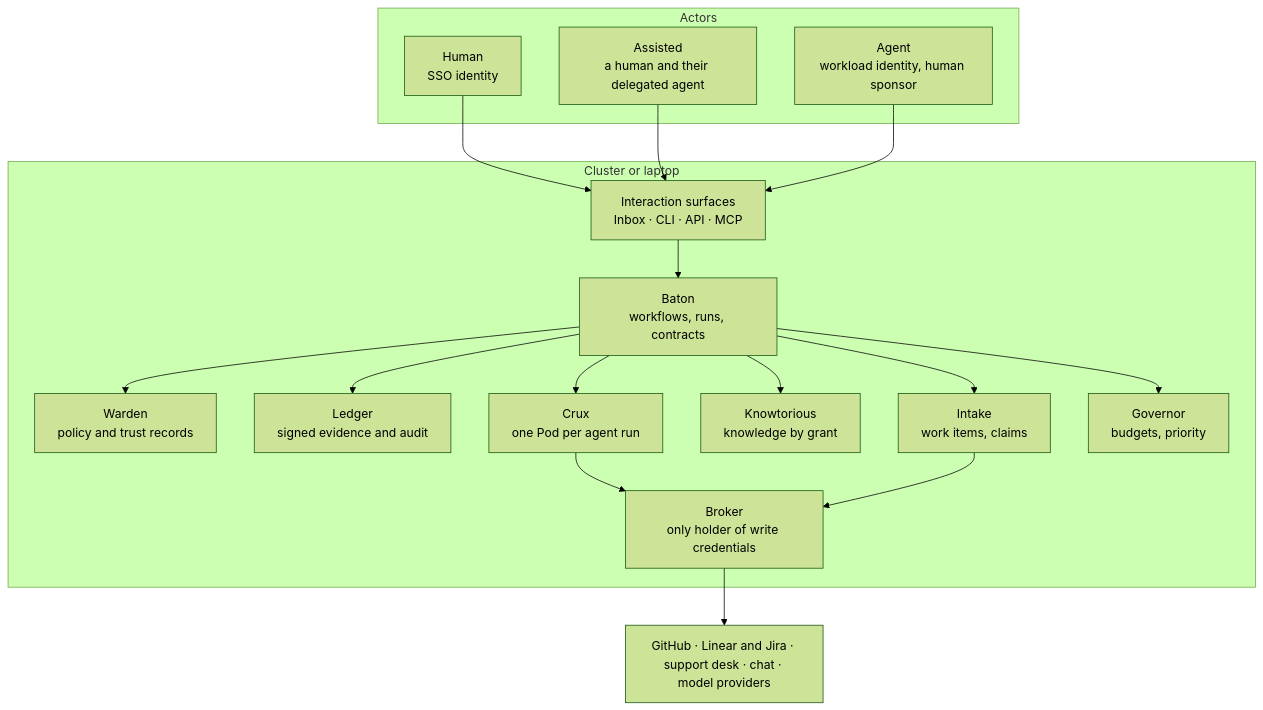
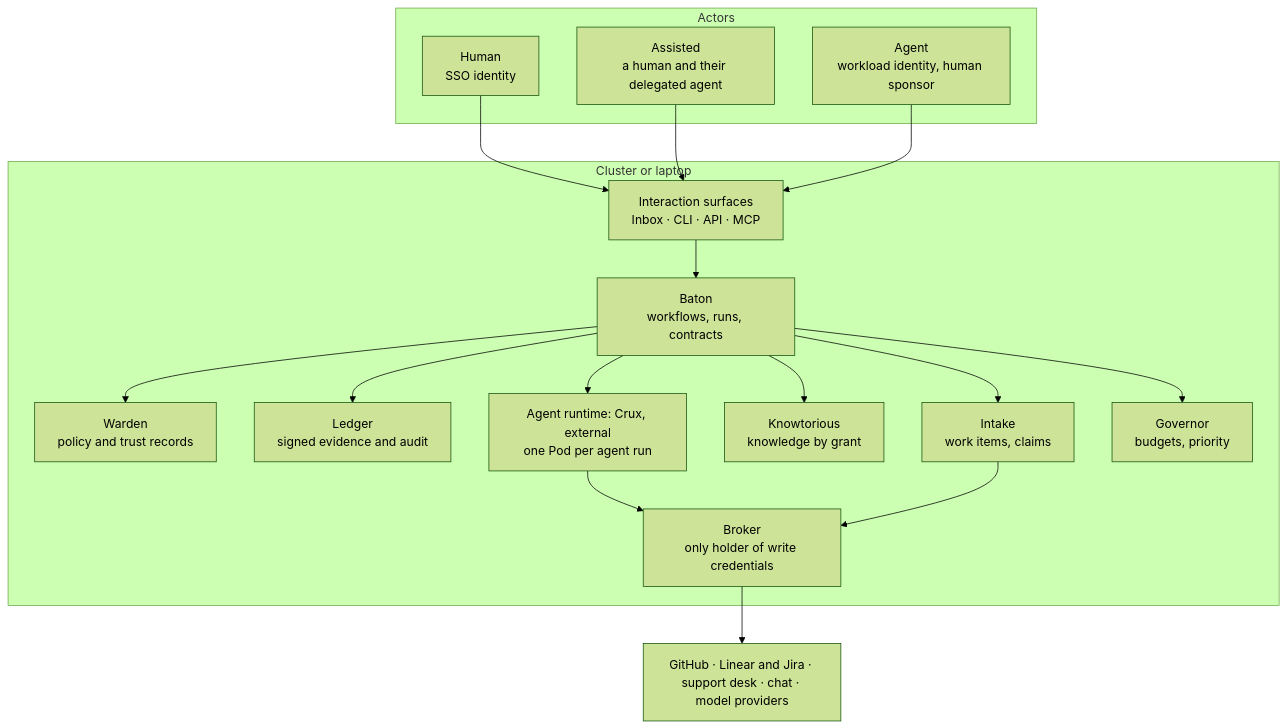
The diagram in docs/rfcs/0001-junto-platform.md (junto-labs/junto), drawn with Mermaid (forest theme) before and after one commit. The commit also changed other lines of this file, not shown here.

First line of the commit message:
Treat Crux as an external agent runtime, not a Junto component

````diff
--- a/docs/rfcs/0001-junto-platform.md
+++ b/docs/rfcs/0001-junto-platform.md
@@ -118,33 +120,33 @@
 ```mermaid
 flowchart TB
   subgraph actors[Actors]
     H[Human<br/>SSO identity]
     A[Assisted<br/>a human and their delegated agent]
     G[Agent<br/>workload identity, human sponsor]
   end
   subgraph cluster[Cluster or laptop]
     S[Interaction surfaces<br/>Inbox · CLI · API · MCP]
     W[Warden<br/>policy and trust records]
     B[Baton<br/>workflows, runs, contracts]
     L[Ledger<br/>signed evidence and audit]
-    C[Crux<br/>one Pod per agent run]
+    C[Agent runtime: Crux, external<br/>one Pod per agent run]
     K[Knowtorious<br/>knowledge by grant]
     I[Intake<br/>work items, claims]
     GV[Governor<br/>budgets, priority]
     BR[Broker<br/>only holder of write credentials]
   end
   X[GitHub · Linear and Jira · support desk · chat · model providers]
   H --> S
   A --> S
   G --> S
   S --> B
   B --> W
   B --> L
   B --> C
   B --> K
   B --> I
   B --> GV
   C --> BR
   I --> BR
   BR --> X
 ```
````
